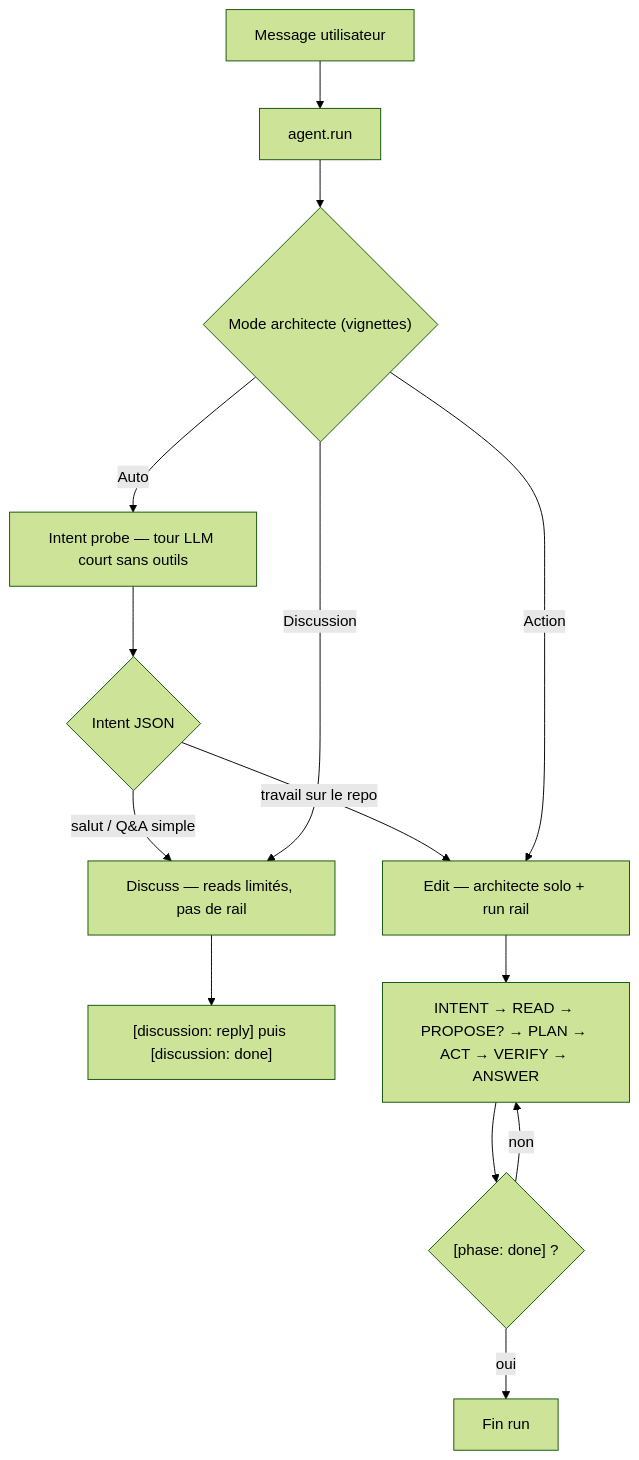
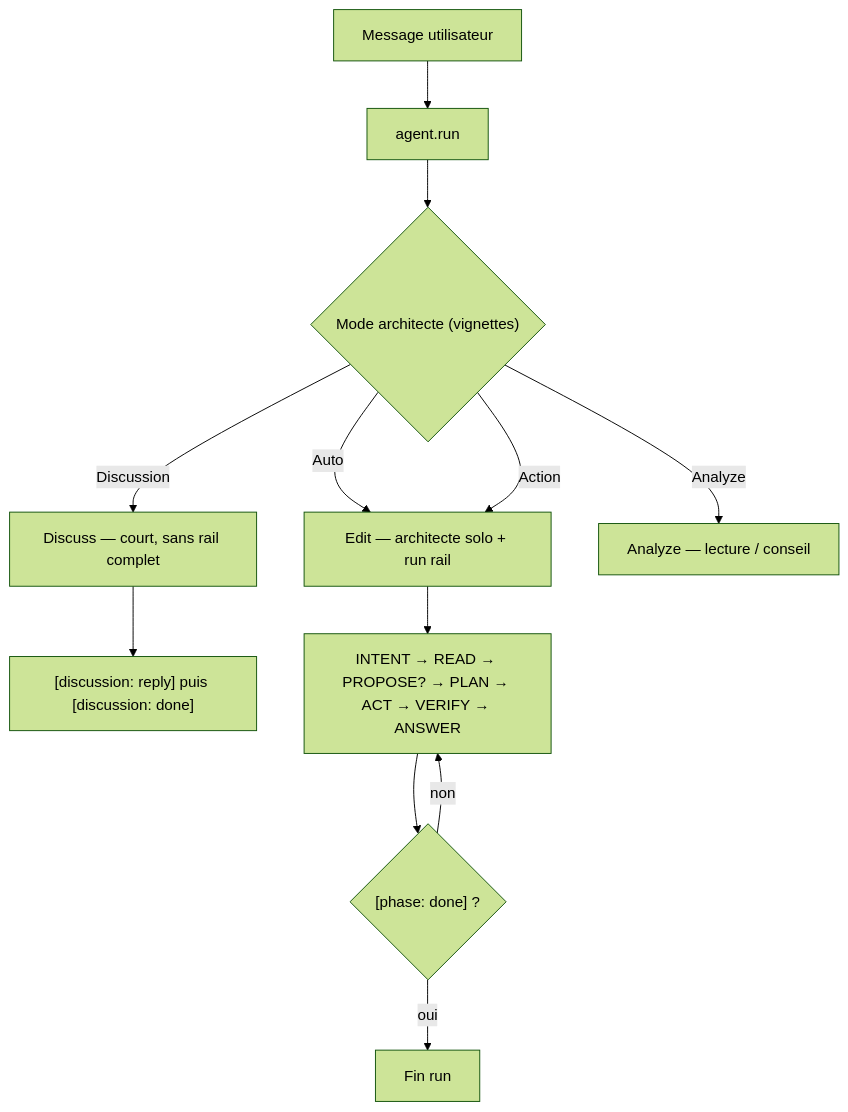
Before and after one commit to DroxKiwi/Drox---IDE---OR: the fourth of 13 diagrams in README.md, drawn with Mermaid (forest theme). The commit also changed other lines of this file and 3 other files, not shown here.

````diff
--- a/README.md
+++ b/README.md
@@ -133,18 +135,16 @@
 ```mermaid
 flowchart TD
   MSG["Message utilisateur"] --> RUN["agent.run"]
   RUN --> MODE{"Mode architecte (vignettes)"}
-  MODE -->|Auto| PROBE["Intent probe — tour LLM court sans outils"]
-  PROBE --> ROUTE{Intent JSON}
-  ROUTE -->|salut / Q&A simple| DISC
-  ROUTE -->|travail sur le repo| EDIT
-  MODE -->|Discussion| DISC["Discuss — reads limités, pas de rail"]
-  MODE -->|Action| EDIT["Edit — architecte solo + run rail"]
+  MODE -->|Auto| EDIT["Edit — architecte solo + run rail"]
+  MODE -->|Discussion| DISC["Discuss — court, sans rail complet"]
+  MODE -->|Action| EDIT
+  MODE -->|Analyze| ANAL["Analyze — lecture / conseil"]
 
   DISC --> DOUT["[discussion: reply] puis [discussion: done]"]
 
   EDIT --> RAIL["INTENT → READ → PROPOSE? → PLAN → ACT → VERIFY → ANSWER"]
   RAIL --> DONE{"[phase: done] ?"}
   DONE -->|oui| END["Fin run"]
   DONE -->|non| RAIL
 ```
````
